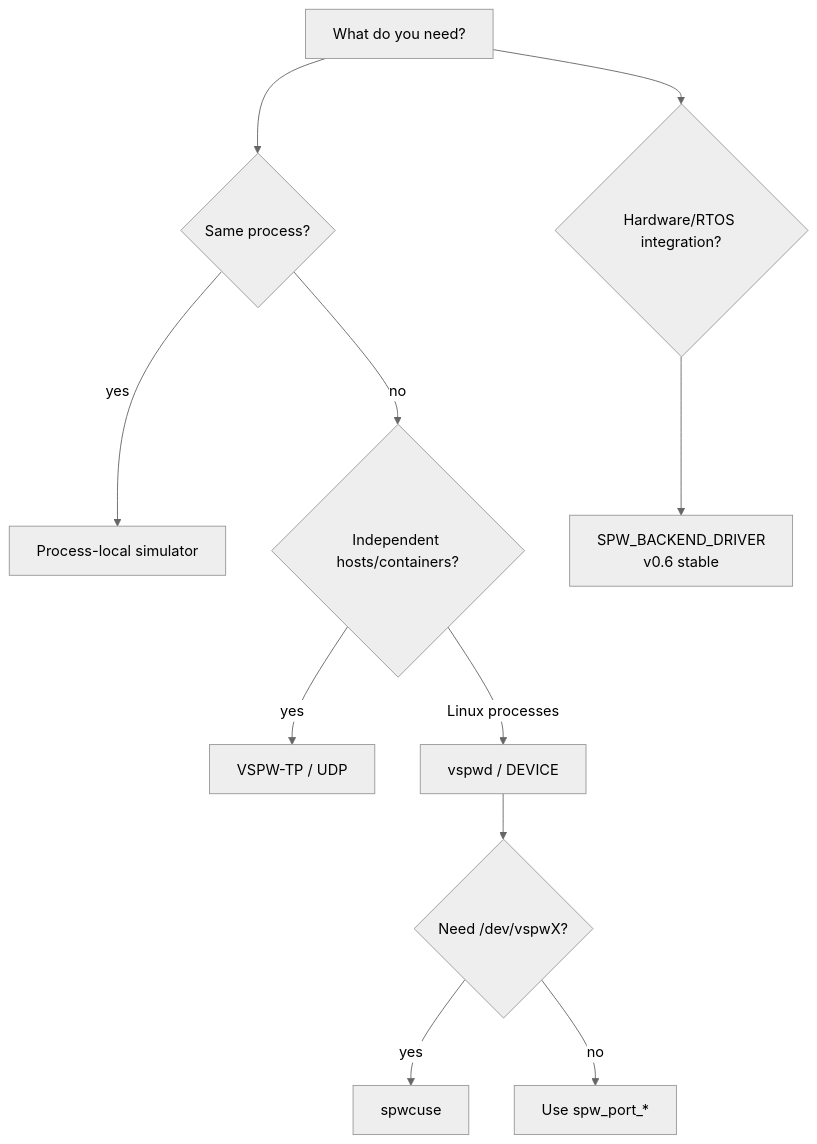
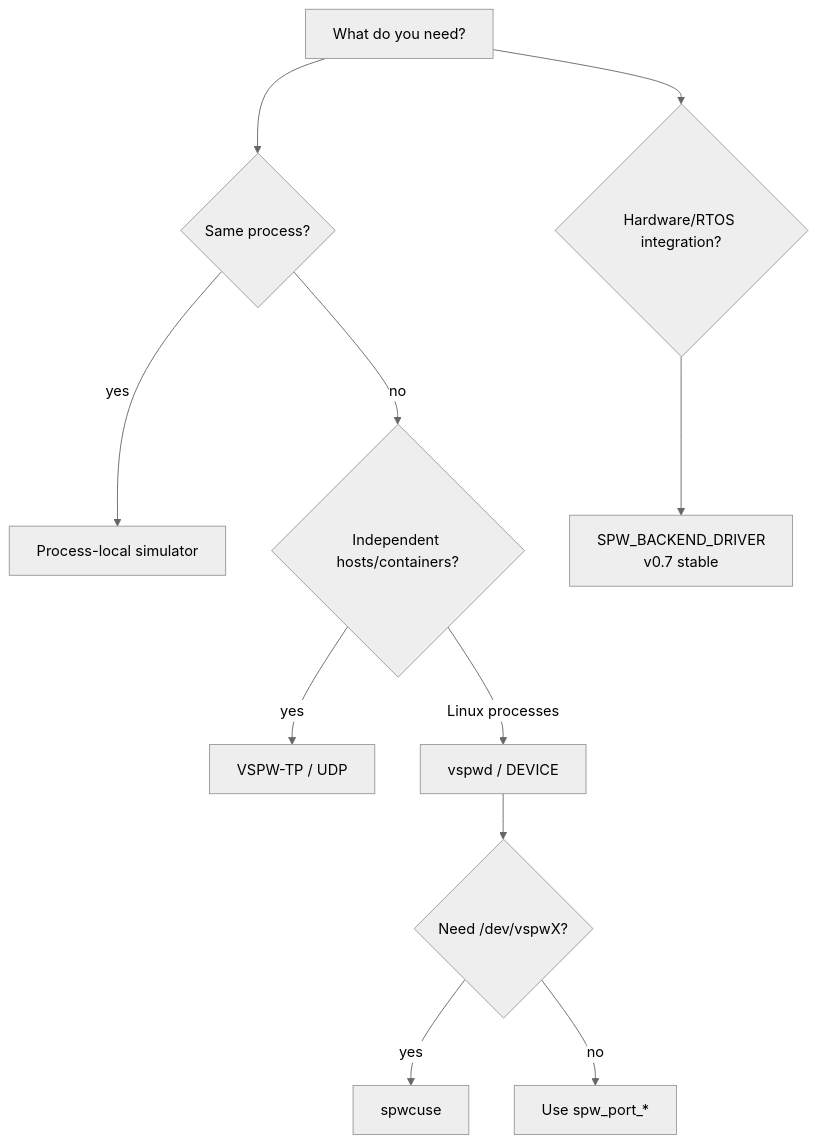
One commit to ExoSpaceLabs/spwkit changed the first of 4 diagrams in docs/getting-started.md. Above: the diagram before and after it, drawn with Mermaid (neutral theme). The commit also changed other lines of this file and 4 other files, not shown here.

````diff
--- a/docs/getting-started.md
+++ b/docs/getting-started.md
@@ -7,13 +7,13 @@
 ```mermaid
 flowchart TD
     START[What do you need?] --> LOCAL{Same process?}
     LOCAL -->|yes| SIM[Process-local simulator]
     LOCAL -->|no| HOST{Independent hosts/containers?}
     HOST -->|yes| UDP[VSPW-TP / UDP]
     HOST -->|Linux processes| DEV[vspwd / DEVICE]
     DEV --> NODE{Need /dev/vspwX?}
     NODE -->|yes| CUSE[spwcuse]
     NODE -->|no| API[Use spw_port_*]
     START --> HW{Hardware/RTOS integration?}
-    HW --> DRIVER[SPW_BACKEND_DRIVER<br/>v0.6 stable]
+    HW --> DRIVER[SPW_BACKEND_DRIVER<br/>v0.7 stable]
 ```
````
